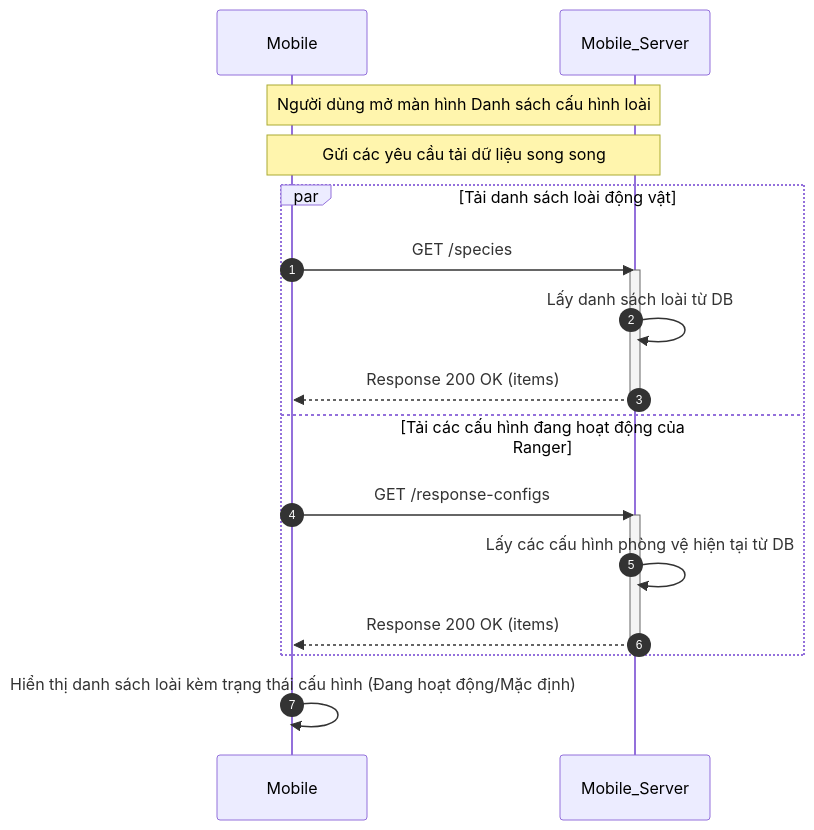
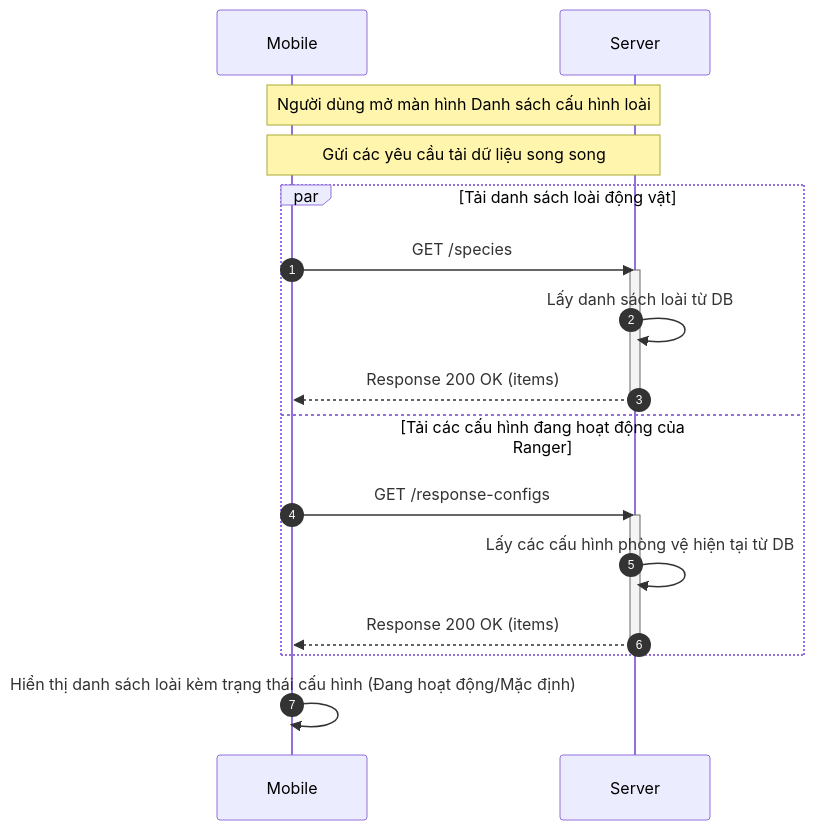
One commit to trungnguyenthien/Wildlife-Warning-and-Deterrence-System changed diagram 11 of 18 in docs/04-sequence-diagram.md. Above: the diagram before and after it, drawn with Mermaid. The commit also changed other lines of this file, not shown here.

Commit message:
docs: update sequence diagram to reflect latest system workflow changes

````diff
--- a/docs/04-sequence-diagram.md
+++ b/docs/04-sequence-diagram.md
@@ -431,23 +431,23 @@
 ```mermaid
 sequenceDiagram
     autonumber
     participant Mobile as Mobile
-    participant Mobile_Server as Mobile_Server
+    participant Server as Server
 
-    Note over Mobile, Mobile_Server: Người dùng mở màn hình Danh sách cấu hình loài
-    Note over Mobile, Mobile_Server: Gửi các yêu cầu tải dữ liệu song song
+    Note over Mobile, Server: Người dùng mở màn hình Danh sách cấu hình loài
+    Note over Mobile, Server: Gửi các yêu cầu tải dữ liệu song song
     par Tải danh sách loài động vật
-        Mobile->>Mobile_Server: GET /species
-        activate Mobile_Server
-        Mobile_Server->>Mobile_Server: Lấy danh sách loài từ DB
-        Mobile_Server-->>Mobile: Response 200 OK (items)
-        deactivate Mobile_Server
+        Mobile->>Server: GET /species
+        activate Server
+        Server->>Server: Lấy danh sách loài từ DB
+        Server-->>Mobile: Response 200 OK (items)
+        deactivate Server
     and Tải các cấu hình đang hoạt động của Ranger
-        Mobile->>Mobile_Server: GET /response-configs
-        activate Mobile_Server
-        Mobile_Server->>Mobile_Server: Lấy các cấu hình phòng vệ hiện tại từ DB
-        Mobile_Server-->>Mobile: Response 200 OK (items)
-        deactivate Mobile_Server
+        Mobile->>Server: GET /response-configs
+        activate Server
+        Server->>Server: Lấy các cấu hình phòng vệ hiện tại từ DB
+        Server-->>Mobile: Response 200 OK (items)
+        deactivate Server
     end
     Mobile->>Mobile: Hiển thị danh sách loài kèm trạng thái cấu hình (Đang hoạt động/Mặc định)
 ```
````
